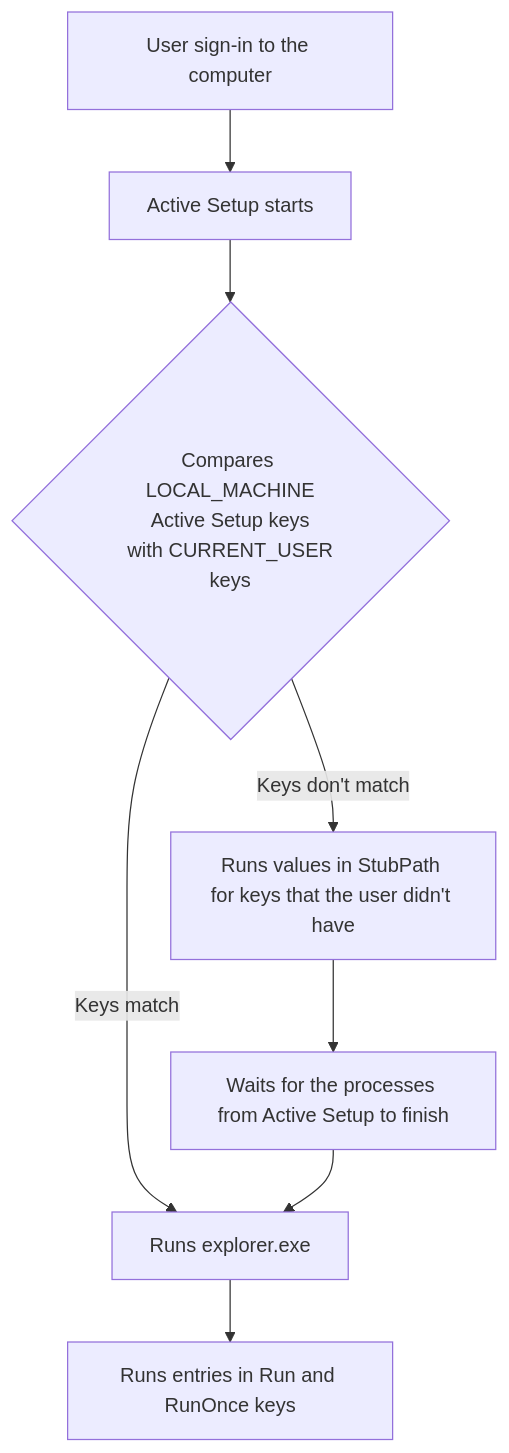
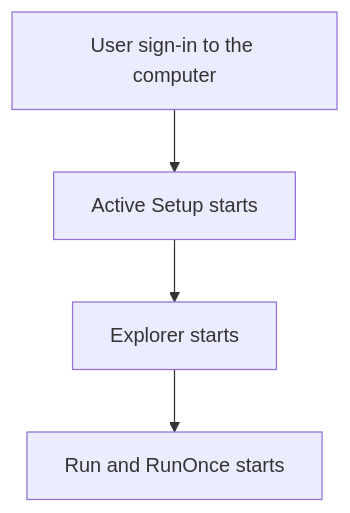
Before and after one commit to letsdoautomation/windows-registry: the second of 2 diagrams in Active Setup/readme.md, drawn with Mermaid. The commit also changed other lines of this file, not shown here.

````diff
--- a/Active Setup/readme.md
+++ b/Active Setup/readme.md
@@ -33,9 +42,6 @@
 ```mermaid
 flowchart TD
-    a["User sign-in to the computer"] --> b["Active Setup starts"] 
-    b --> c{"Compares LOCAL_MACHINE<br />Active Setup keys<br /> with CURRENT_USER keys"}
-    c --> |Keys match| d["Runs explorer.exe"]
-    c --> |Keys don't match| e["Runs values in StubPath for keys that the user didn't have"]
-    e --> g["Waits for the processes from Active Setup to finish"] --> d
-    d --> z["Runs entries in Run and RunOnce keys"]
+    a["User sign-in to the computer"] --> b["Active Setup starts"]
+    b --> c["Explorer starts"]
+    c --> z["Run and RunOnce starts"]
 ```
````
